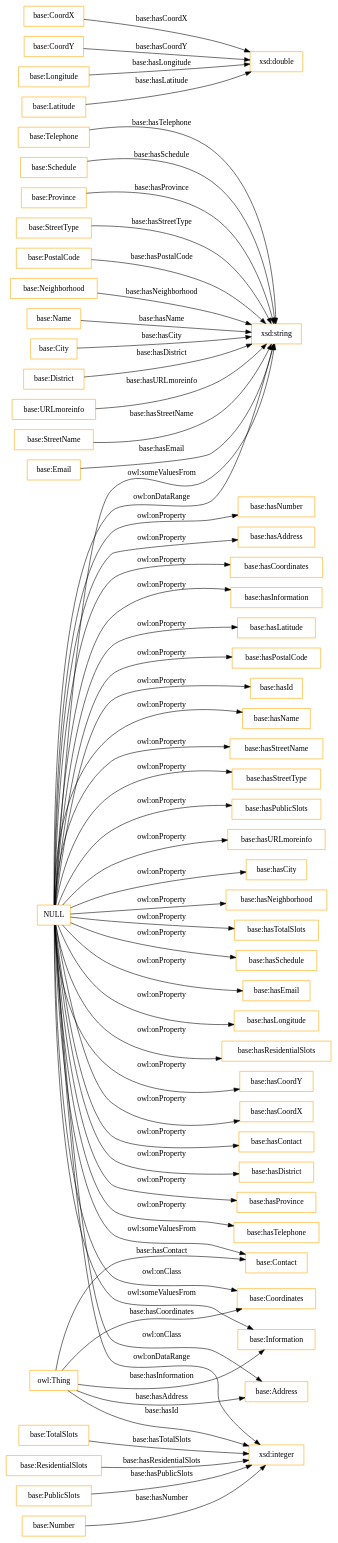
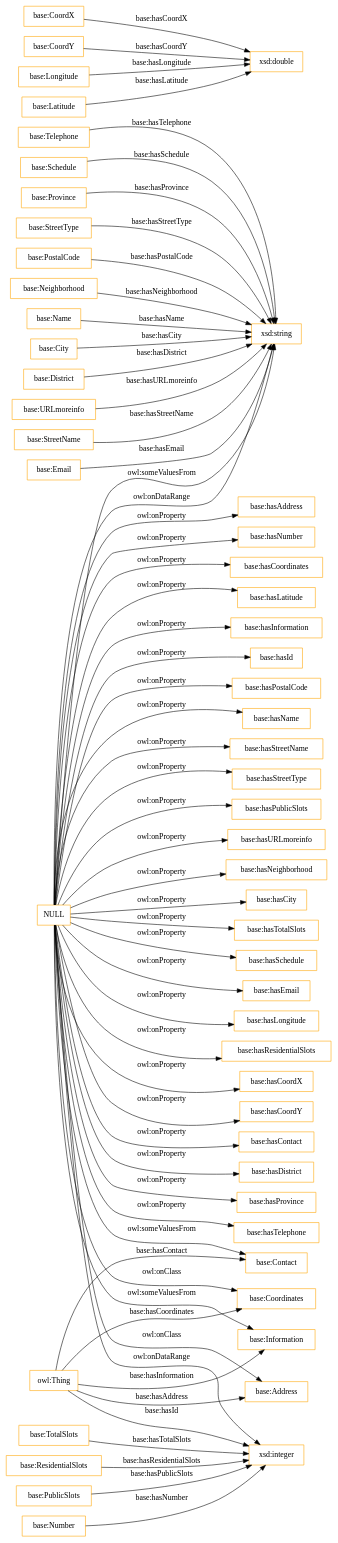
The diagram in OnToology/HandsOn/Group02/ontology/ontology.ttl/diagrams/ar2dtool-class/ontology.ttl.png.dot (adrix1341/Curso2020-2021), drawn with Graphviz before and after one commit. The commit also changed other lines of this file and 5 other files, not shown here.

```diff
--- a/OnToology/HandsOn/Group02/ontology/ontology.ttl/diagrams/ar2dtool-class/ontology.ttl.png.dot
+++ b/OnToology/HandsOn/Group02/ontology/ontology.ttl/diagrams/ar2dtool-class/ontology.ttl.png.dot
@@ -1,63 +1,63 @@
 digraph ar2dtool_diagram { 
 rankdir=LR;
 size="1501"
 node [shape = rectangle, color="orange"]; "base:Telephone" "base:Schedule" "base:Province" "base:StreetType" "base:CoordX" "base:PostalCode" "base:Contact" "base:Neighborhood" "base:Name" "base:City" "base:District" "base:CoordY" "base:TotalSlots" "base:URLmoreinfo" "base:Address" "base:ResidentialSlots" "base:StreetName" "base:PublicSlots" "base:Coordinates" "base:Email" "base:Number" "base:Longitude" "base:Information" "base:Latitude" ; /*classes style*/
 	"NULL" -> "base:hasResidentialSlots" [ label = "owl:onProperty" ];
+	"NULL" -> "base:hasCoordX" [ label = "owl:onProperty" ];
 	"NULL" -> "base:hasCoordY" [ label = "owl:onProperty" ];
 	"NULL" -> "xsd:string" [ label = "owl:someValuesFrom" ];
-	"NULL" -> "base:hasCoordX" [ label = "owl:onProperty" ];
 	"NULL" -> "base:hasContact" [ label = "owl:onProperty" ];
 	"NULL" -> "base:hasDistrict" [ label = "owl:onProperty" ];
 	"NULL" -> "xsd:integer" [ label = "owl:onDataRange" ];
 	"NULL" -> "base:hasProvince" [ label = "owl:onProperty" ];
 	"NULL" -> "base:hasTelephone" [ label = "owl:onProperty" ];
 	"NULL" -> "base:Contact" [ label = "owl:someValuesFrom" ];
+	"NULL" -> "base:hasAddress" [ label = "owl:onProperty" ];
 	"NULL" -> "base:hasNumber" [ label = "owl:onProperty" ];
-	"NULL" -> "base:hasAddress" [ label = "owl:onProperty" ];
 	"NULL" -> "base:Coordinates" [ label = "owl:onClass" ];
 	"NULL" -> "base:hasCoordinates" [ label = "owl:onProperty" ];
+	"NULL" -> "base:hasLatitude" [ label = "owl:onProperty" ];
 	"NULL" -> "base:hasInformation" [ label = "owl:onProperty" ];
-	"NULL" -> "base:hasLatitude" [ label = "owl:onProperty" ];
+	"NULL" -> "base:hasId" [ label = "owl:onProperty" ];
 	"NULL" -> "base:hasPostalCode" [ label = "owl:onProperty" ];
-	"NULL" -> "base:hasId" [ label = "owl:onProperty" ];
 	"NULL" -> "base:hasName" [ label = "owl:onProperty" ];
 	"NULL" -> "base:hasStreetName" [ label = "owl:onProperty" ];
 	"NULL" -> "base:hasStreetType" [ label = "owl:onProperty" ];
 	"NULL" -> "base:hasPublicSlots" [ label = "owl:onProperty" ];
 	"NULL" -> "xsd:string" [ label = "owl:onDataRange" ];
 	"NULL" -> "base:hasURLmoreinfo" [ label = "owl:onProperty" ];
+	"NULL" -> "base:hasNeighborhood" [ label = "owl:onProperty" ];
 	"NULL" -> "base:hasCity" [ label = "owl:onProperty" ];
-	"NULL" -> "base:hasNeighborhood" [ label = "owl:onProperty" ];
 	"NULL" -> "base:hasTotalSlots" [ label = "owl:onProperty" ];
 	"NULL" -> "base:hasSchedule" [ label = "owl:onProperty" ];
 	"NULL" -> "base:hasEmail" [ label = "owl:onProperty" ];
 	"NULL" -> "base:Information" [ label = "owl:someValuesFrom" ];
 	"NULL" -> "base:Address" [ label = "owl:onClass" ];
 	"NULL" -> "base:hasLongitude" [ label = "owl:onProperty" ];
 	"owl:Thing" -> "base:Contact" [ label = "base:hasContact" ];
 	"base:TotalSlots" -> "xsd:integer" [ label = "base:hasTotalSlots" ];
 	"base:Name" -> "xsd:string" [ label = "base:hasName" ];
 	"base:Latitude" -> "xsd:double" [ label = "base:hasLatitude" ];
 	"base:Schedule" -> "xsd:string" [ label = "base:hasSchedule" ];
 	"base:Telephone" -> "xsd:string" [ label = "base:hasTelephone" ];
 	"owl:Thing" -> "xsd:integer" [ label = "base:hasId" ];
 	"base:ResidentialSlots" -> "xsd:integer" [ label = "base:hasResidentialSlots" ];
 	"base:StreetType" -> "xsd:string" [ label = "base:hasStreetType" ];
 	"base:Number" -> "xsd:integer" [ label = "base:hasNumber" ];
 	"base:City" -> "xsd:string" [ label = "base:hasCity" ];
 	"owl:Thing" -> "base:Information" [ label = "base:hasInformation" ];
 	"base:PublicSlots" -> "xsd:integer" [ label = "base:hasPublicSlots" ];
 	"base:StreetName" -> "xsd:string" [ label = "base:hasStreetName" ];
 	"owl:Thing" -> "base:Address" [ label = "base:hasAddress" ];
 	"base:Province" -> "xsd:string" [ label = "base:hasProvince" ];
 	"owl:Thing" -> "base:Coordinates" [ label = "base:hasCoordinates" ];
 	"base:Longitude" -> "xsd:double" [ label = "base:hasLongitude" ];
 	"base:CoordX" -> "xsd:double" [ label = "base:hasCoordX" ];
 	"base:CoordY" -> "xsd:double" [ label = "base:hasCoordY" ];
 	"base:District" -> "xsd:string" [ label = "base:hasDistrict" ];
 	"base:PostalCode" -> "xsd:string" [ label = "base:hasPostalCode" ];
 	"base:Email" -> "xsd:string" [ label = "base:hasEmail" ];
 	"base:Neighborhood" -> "xsd:string" [ label = "base:hasNeighborhood" ];
 	"base:URLmoreinfo" -> "xsd:string" [ label = "base:hasURLmoreinfo" ];
 
 }
```
